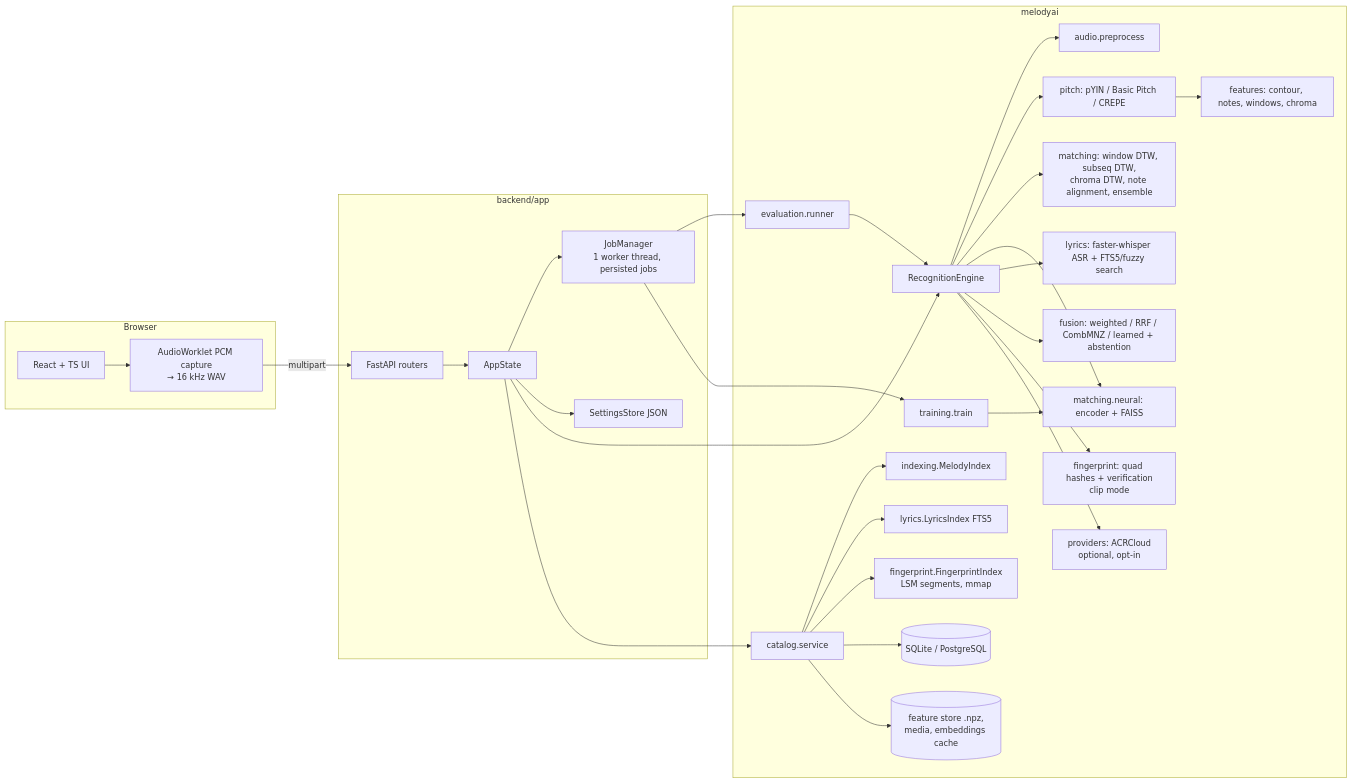
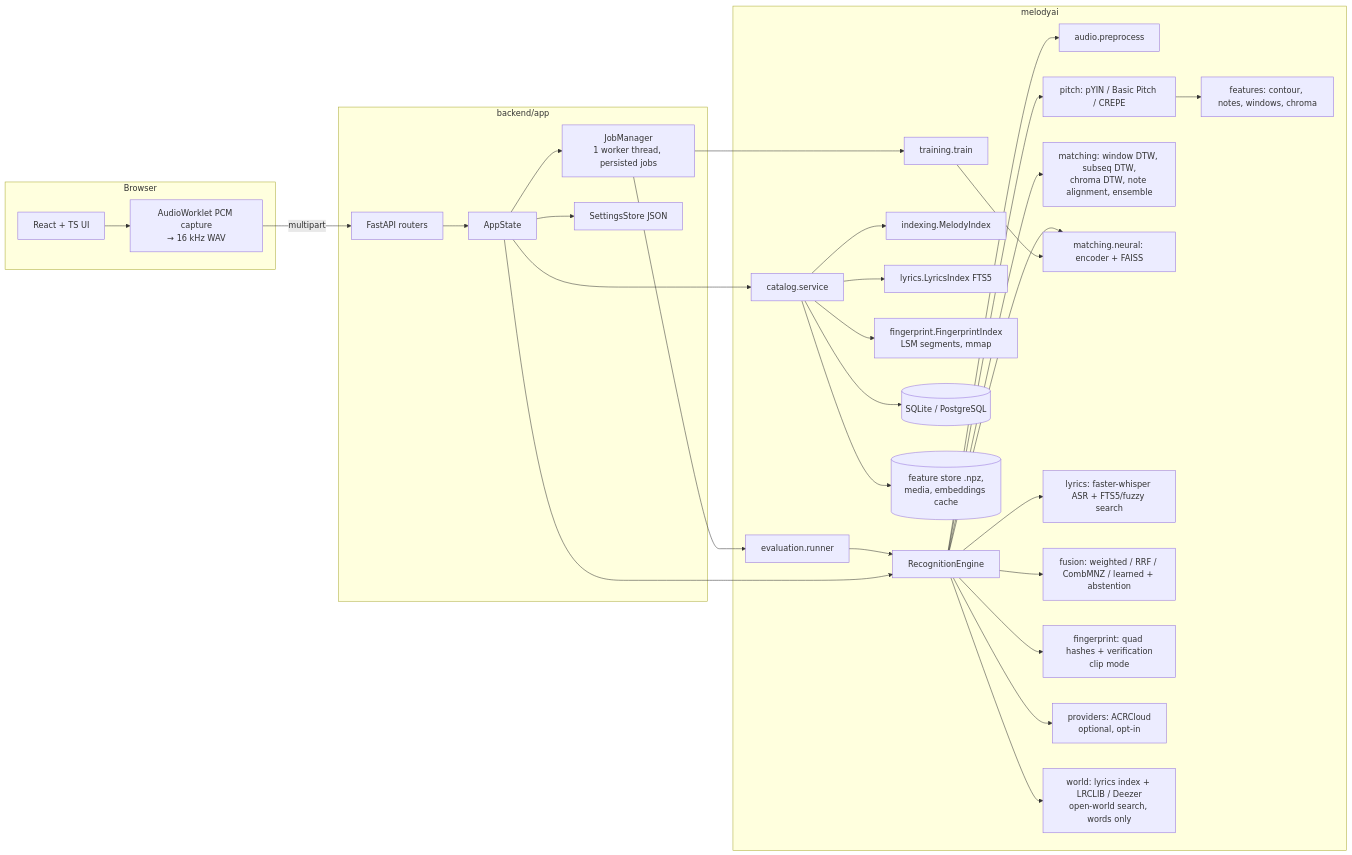
One commit to Ale-Newport/MelodyAI changed the first of 2 diagrams in docs/ARCHITECTURE.md. Above: the diagram before and after it, drawn with Mermaid. The commit also changed other lines of this file and 61 other files, not shown here.

First line of the commit message:
Recognise real songs by their lyrics (open world)

````diff
--- a/docs/ARCHITECTURE.md
+++ b/docs/ARCHITECTURE.md
@@ -14,34 +14,35 @@
 ```mermaid
 flowchart LR
   subgraph Browser
     UI[React + TS UI] --> REC[AudioWorklet PCM capture<br/>→ 16 kHz WAV]
   end
   REC -->|multipart| API
   subgraph Backend [backend/app]
     API[FastAPI routers] --> ST[AppState]
     ST --> JOBS[JobManager<br/>1 worker thread, persisted jobs]
     ST --> SET[SettingsStore JSON]
   end
   subgraph Science [melodyai]
     ENG[RecognitionEngine] --> PRE[audio.preprocess]
     ENG --> PITCH[pitch: pYIN / Basic Pitch / CREPE]
     PITCH --> FEAT[features: contour, notes, windows, chroma]
     ENG --> MATCH[matching: window DTW, subseq DTW,<br/>chroma DTW, note alignment, ensemble]
     ENG --> NEU[matching.neural: encoder + FAISS]
     ENG --> LYR[lyrics: faster-whisper ASR + FTS5/fuzzy search]
     ENG --> FUS[fusion: weighted / RRF / CombMNZ / learned + abstention]
     ENG --> FP[fingerprint: quad hashes + verification<br/>clip mode]
     ENG --> PROV[providers: ACRCloud<br/>optional, opt-in]
+    ENG --> WORLD[world: lyrics index + LRCLIB / Deezer<br/>open-world search, words only]
     CAT[catalog.service] --> MIDX[indexing.MelodyIndex]
     CAT --> LIDX[lyrics.LyricsIndex FTS5]
     CAT --> FIDX[fingerprint.FingerprintIndex<br/>LSM segments, mmap]
     CAT --> DB[(SQLite / PostgreSQL)]
     CAT --> FS[(feature store .npz,<br/>media, embeddings cache)]
     EVAL[evaluation.runner] --> ENG
     TRAIN[training.train] --> NEU
   end
   ST --> ENG
   ST --> CAT
   JOBS --> EVAL
   JOBS --> TRAIN
 ```
````
